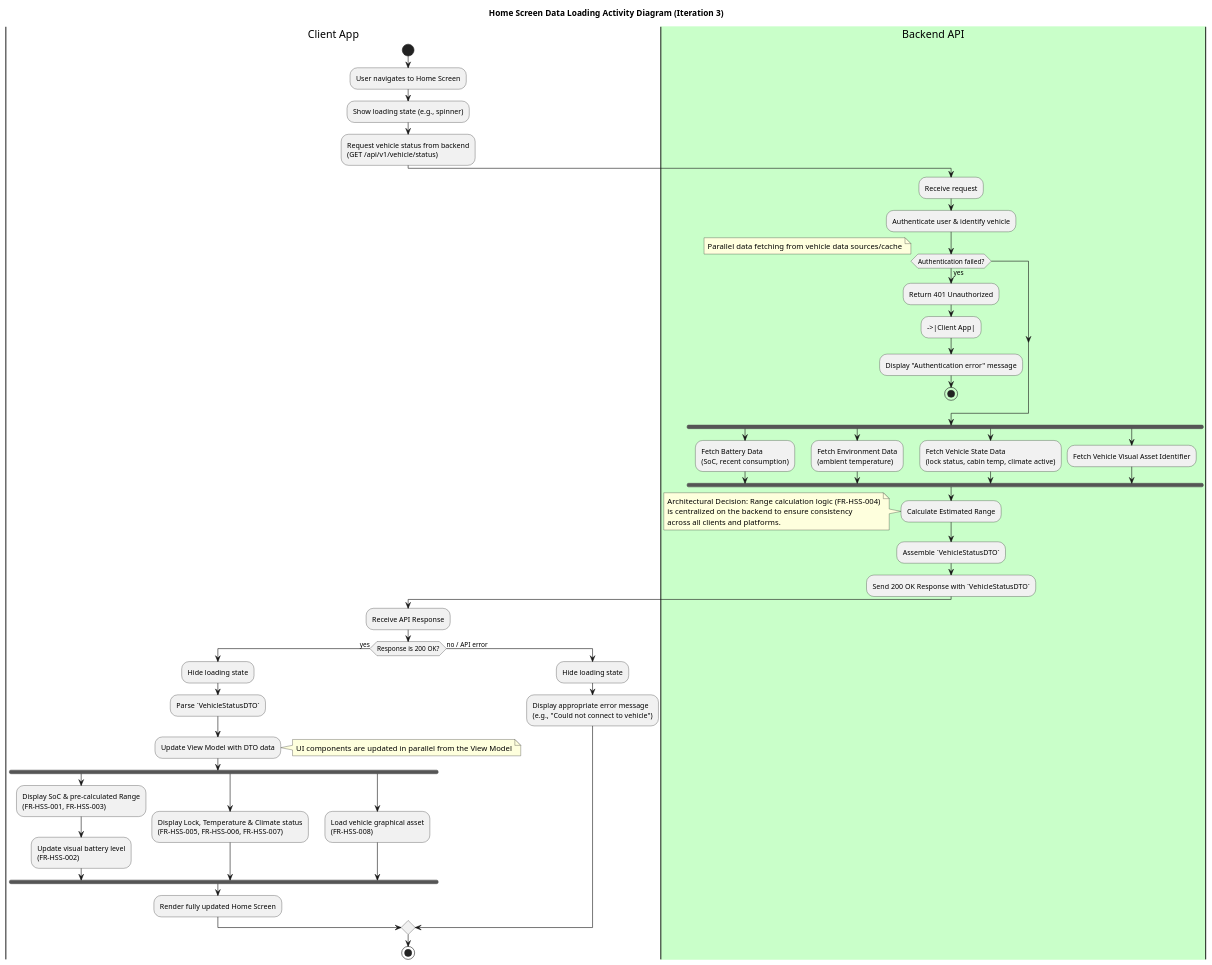
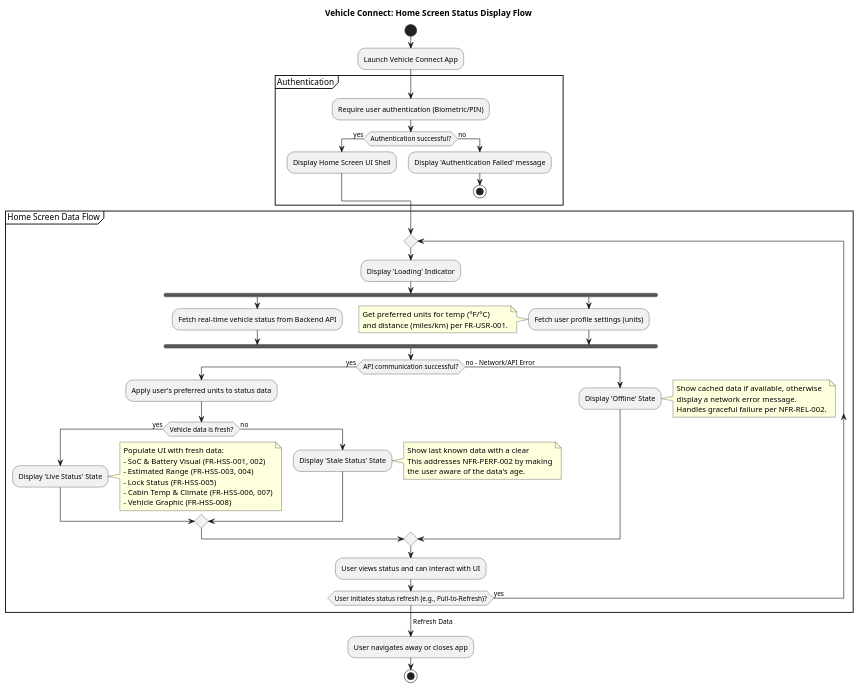
The diagram in uml_diagrams/activity/Home_Screen_Vehicle_Status_v3_activity_diagram.puml (fcaversan/SRS_Project), drawn with PlantUML before and after one commit. The commit also changed 149 other files, not shown here.

First line of the commit message:
feat: Add scope enforcement to prevent diagram hallucination and feature drift

```diff
--- a/uml_diagrams/activity/Home_Screen_Vehicle_Status_v3_activity_diagram.puml
+++ b/uml_diagrams/activity/Home_Screen_Vehicle_Status_v3_activity_diagram.puml
@@ -1,76 +1,82 @@
 @startuml
-title Home Screen Data Loading Activity Diagram (Iteration 3)
-|Client App|
+' Diagram refactored by a senior UML architect based on QA feedback.
+' ITERATION 3: Improved to explicitly model the different UI states (Loading, Live, Stale, Offline)
+' as suggested by the QA analysis, enhancing completeness and quality.
+' This diagram follows MODERN PlantUML syntax.
+
+title Vehicle Connect: Home Screen Status Display Flow
+
 start
-:User navigates to Home Screen;
-:Show loading state (e.g., spinner);
-:Request vehicle status from backend
-(GET /api/v1/vehicle/status);
 
-|#Technology|Backend API|
-:Receive request;
-:Authenticate user & identify vehicle;
-if (Authentication failed?) then (yes)
-  :Return 401 Unauthorized;
-  -->|Client App|
-  :Display "Authentication error" message;
-  stop
-endif
+:Launch Vehicle Connect App;
 
-note right: Parallel data fetching from vehicle data sources/cache
-fork
-  :Fetch Battery Data
-  (SoC, recent consumption);
-fork again
-  :Fetch Environment Data
-  (ambient temperature);
-fork again
-  :Fetch Vehicle State Data
-  (lock status, cabin temp, climate active);
-fork again
-  :Fetch Vehicle Visual Asset Identifier;
-end fork
+partition Authentication {
+  :Require user authentication (Biometric/PIN);
+  ' NFR-SEC-001
+  if (Authentication successful?) then (yes)
+    :Display Home Screen UI Shell;
+    ' App must launch to a usable screen within 4s (NFR-PERF-003)
+  else (no)
+    :Display 'Authentication Failed' message;
+    stop
+  endif
+}
 
-:Calculate Estimated Range;
-note left
-  Architectural Decision: Range calculation logic (FR-HSS-004)
-  is centralized on the backend to ensure consistency
-  across all clients and platforms.
-end note
+partition "Home Screen Data Flow" {
+    repeat
+        :Display 'Loading' Indicator;
 
-:Assemble `VehicleStatusDTO`;
-:Send 200 OK Response with `VehicleStatusDTO`;
+        fork
+            :Fetch real-time vehicle status from Backend API;
+        fork again
+            :Fetch user profile settings (units);
+            note left
+                Get preferred units for temp (°F/°C)
+                and distance (miles/km) per FR-USR-001.
+            end note
+        end fork
 
-|Client App|
-:Receive API Response;
-if (Response is 200 OK?) then (yes)
-  :Hide loading state;
-  :Parse `VehicleStatusDTO`;
-  :Update View Model with DTO data;
-  note right: UI components are updated in parallel from the View Model
-  fork
-    'Battery and Range UI
-    :Display SoC & pre-calculated Range
-    (FR-HSS-001, FR-HSS-003);
-    :Update visual battery level
-    (FR-HSS-002);
+        if (API communication successful?) then (yes)
+            :Apply user's preferred units to status data;
+            ' Implements FR-USR-001
 
-  fork again
-    'Security and Climate UI
-    :Display Lock, Temperature & Climate status
-    (FR-HSS-005, FR-HSS-006, FR-HSS-007);
+            if (Vehicle data is fresh?) then (yes)
+            ' Data timestamp is <= 60s old (NFR-PERF-002)
+                :Display 'Live Status' State;
+                note right
+                    Populate UI with fresh data:
+                    - SoC & Battery Visual (FR-HSS-001, 002)
+                    - Estimated Range (FR-HSS-003, 004)
+                    - Lock Status (FR-HSS-005)
+                    - Cabin Temp & Climate (FR-HSS-006, 007)
+                    - Vehicle Graphic (FR-HSS-008)
+                end note
+            else (no)
+                :Display 'Stale Status' State;
+                 note right
+                    Show last known data with a clear
+                    'last updated' timestamp.
+                    This addresses NFR-PERF-002 by making
+                    the user aware of the data's age.
+                end note
+            endif
+        else (no - Network/API Error)
+            :Display 'Offline' State;
+            note right
+                Show cached data if available, otherwise
+                display a network error message.
+                Handles graceful failure per NFR-REL-002.
+            end note
+        endif
 
-  fork again
-    'Vehicle Visual UI
-    :Load vehicle graphical asset
-    (FR-HSS-008);
-  end fork
-  :Render fully updated Home Screen;
+        :User views status and can interact with UI;
 
-else (no / API error)
-  :Hide loading state;
-  :Display appropriate error message
-  (e.g., "Could not connect to vehicle");
-endif
+    repeat while (User initiates status refresh (e.g., Pull-to-Refresh)?) is (yes)
+    -> Refresh Data;
+}
+
+:User navigates away or closes app;
+
 stop
+
 @enduml
```
